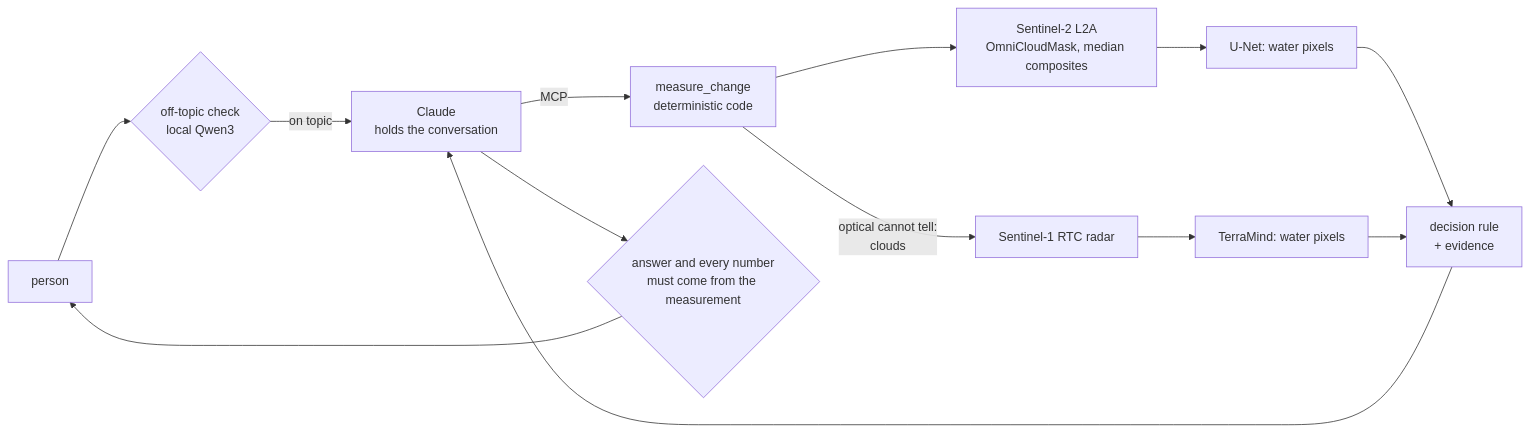
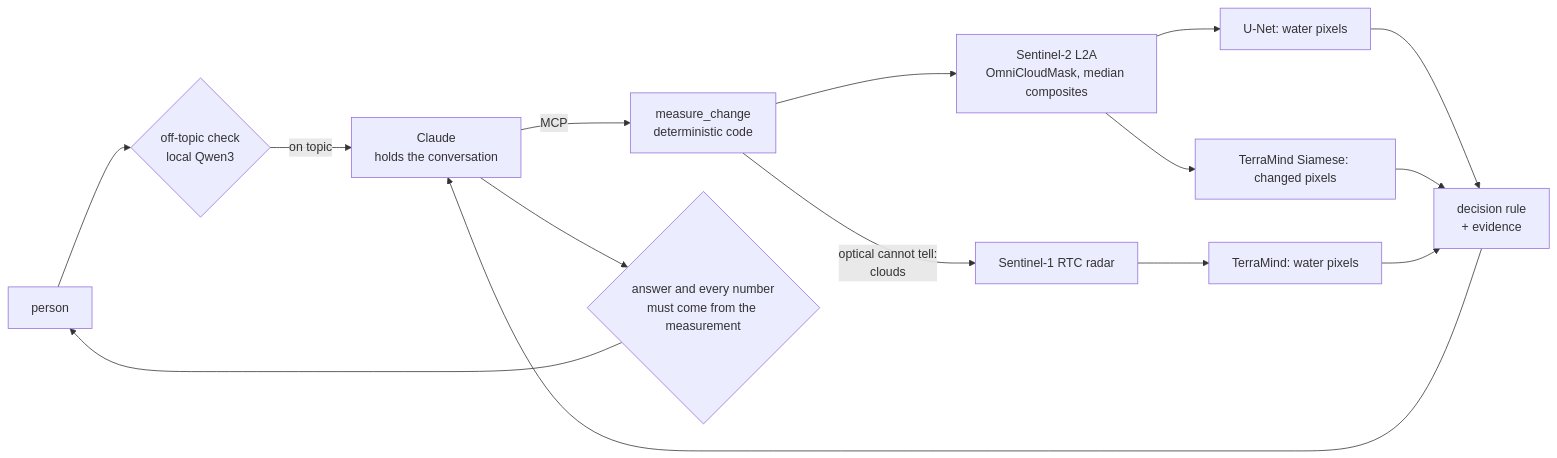
One commit to deltasata/satellite-change-agent changed the diagram in README.md. Above: the diagram before and after it, drawn with Mermaid. The commit also changed other lines of this file and 16 other files, not shown here.

````diff
--- a/README.md
+++ b/README.md
@@ -47,15 +50,17 @@
 ```mermaid
 flowchart LR
     P[person] --> S{off-topic check<br/>local Qwen3}
     S -->|on topic| C[Claude<br/>holds the conversation]
     C -->|MCP| M[measure_change<br/>deterministic code]
     M --> O[Sentinel-2 L2A<br/>OmniCloudMask, median composites]
     O --> U[U-Net: water pixels]
     M -->|optical cannot tell:<br/>clouds| R[Sentinel-1 RTC radar]
     R --> T[TerraMind: water pixels]
+    O --> V[TerraMind Siamese: changed pixels]
     U --> D[decision rule<br/>+ evidence]
+    V --> D
     T --> D
     D --> C
     C --> K{answer and every number<br/>must come from the measurement}
     K --> P
 ```
````
